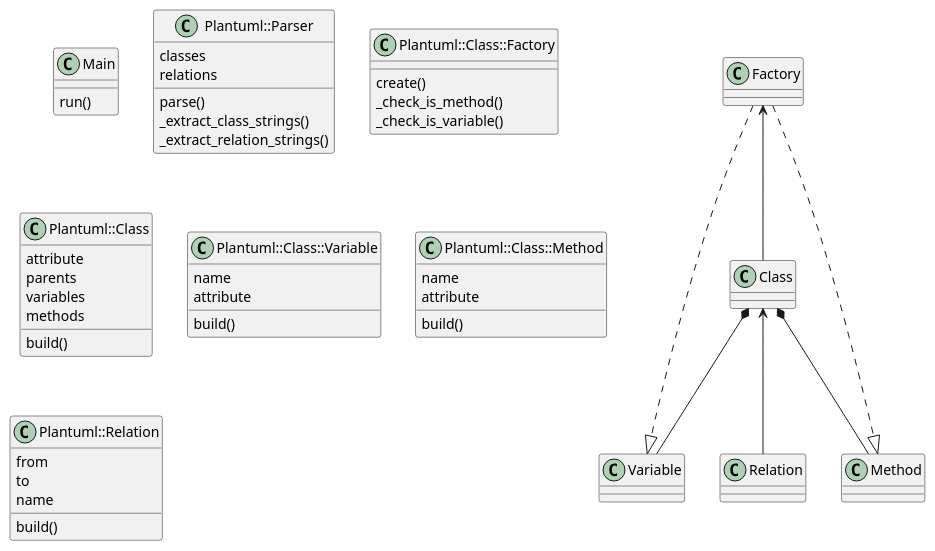
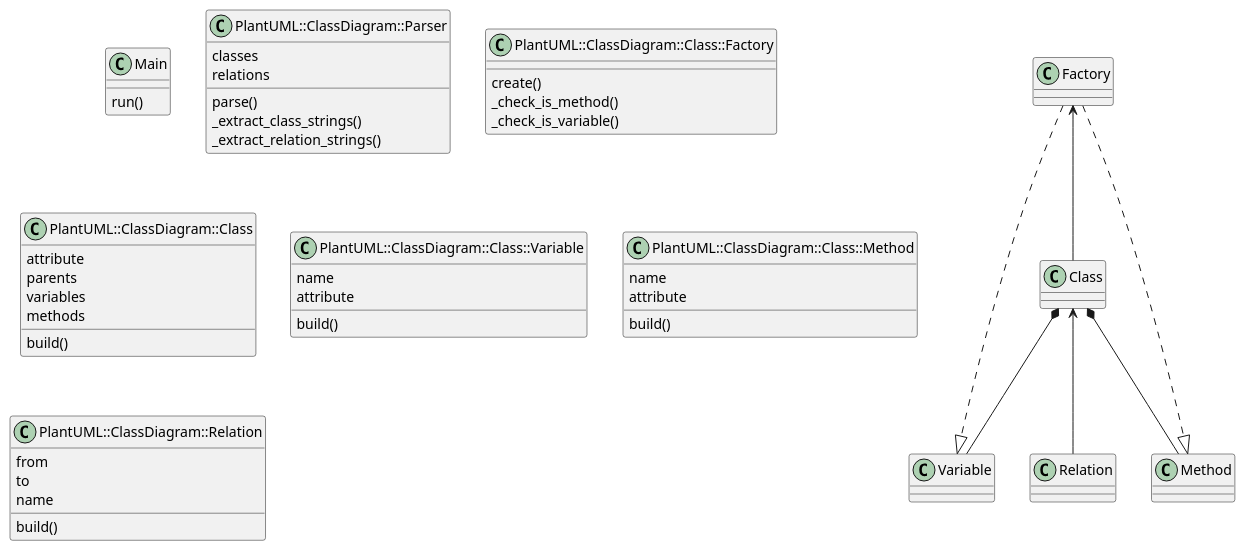
Before and after one commit to Kesin11/plantuml_class_digram_parse: the diagram in t/fixture/relation.pu, drawn with PlantUML. The commit also changed 18 other files, not shown here.

```diff
--- a/t/fixture/relation.pu
+++ b/t/fixture/relation.pu
@@ -1,55 +1,55 @@
 @startuml
 
 class Main {
   run()
 }
 
-class Plantuml::Parser {
+class PlantUML::ClassDiagram::Parser {
   classes
   relations
   parse()
   _extract_class_strings()
   _extract_relation_strings()
 }
 
-class Plantuml::Class::Factory {
+class PlantUML::ClassDiagram::Class::Factory {
   create()
   _check_is_method()
   _check_is_variable()
 }
 
-class Plantuml::Class {
+class PlantUML::ClassDiagram::Class {
   attribute
   parents
   variables
   methods
   build()
 }
 
-class Plantuml::Class::Variable {
+class PlantUML::ClassDiagram::Class::Variable {
   name
   attribute
   build()
 }
 
-class Plantuml::Class::Method {
+class PlantUML::ClassDiagram::Class::Method {
   name
   attribute
   build()
 }
 
-class Plantuml::Relation {
+class PlantUML::ClassDiagram::Relation {
   from
   to
   name
   build()
 }
 
 Class *-- Variable
 Class *-- Method
 Class <-- Relation
 Factory <-- Class
 Factory ..|> Variable
 Factory ..|> Method
 
 @enduml
```
